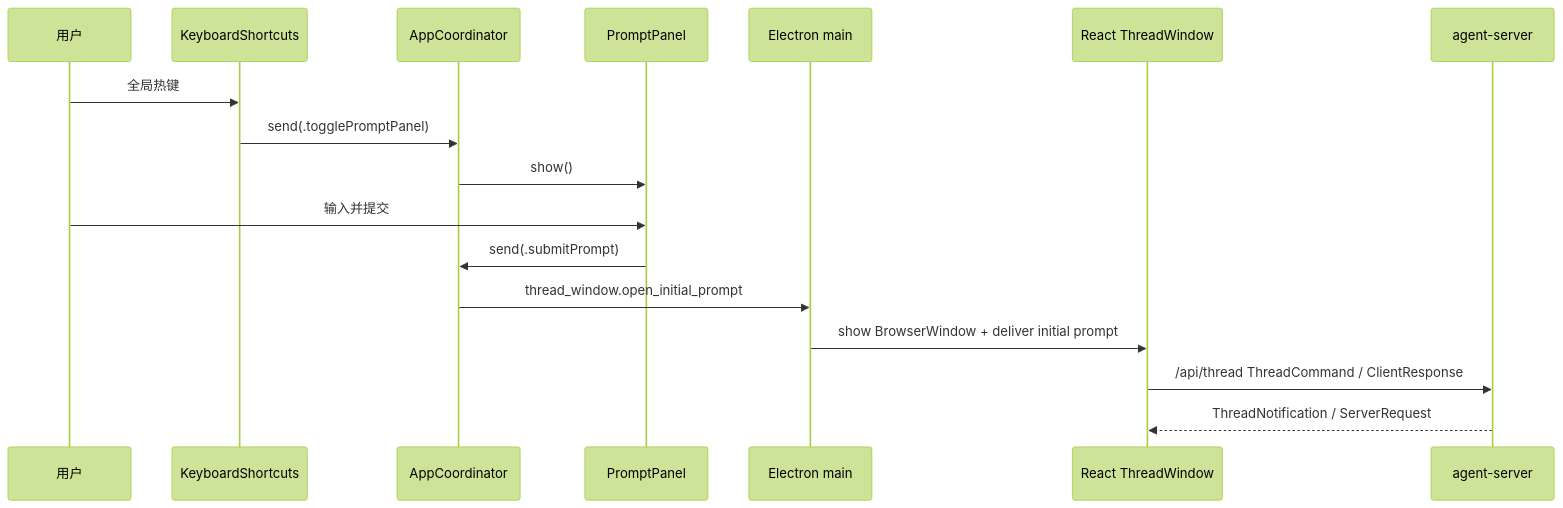
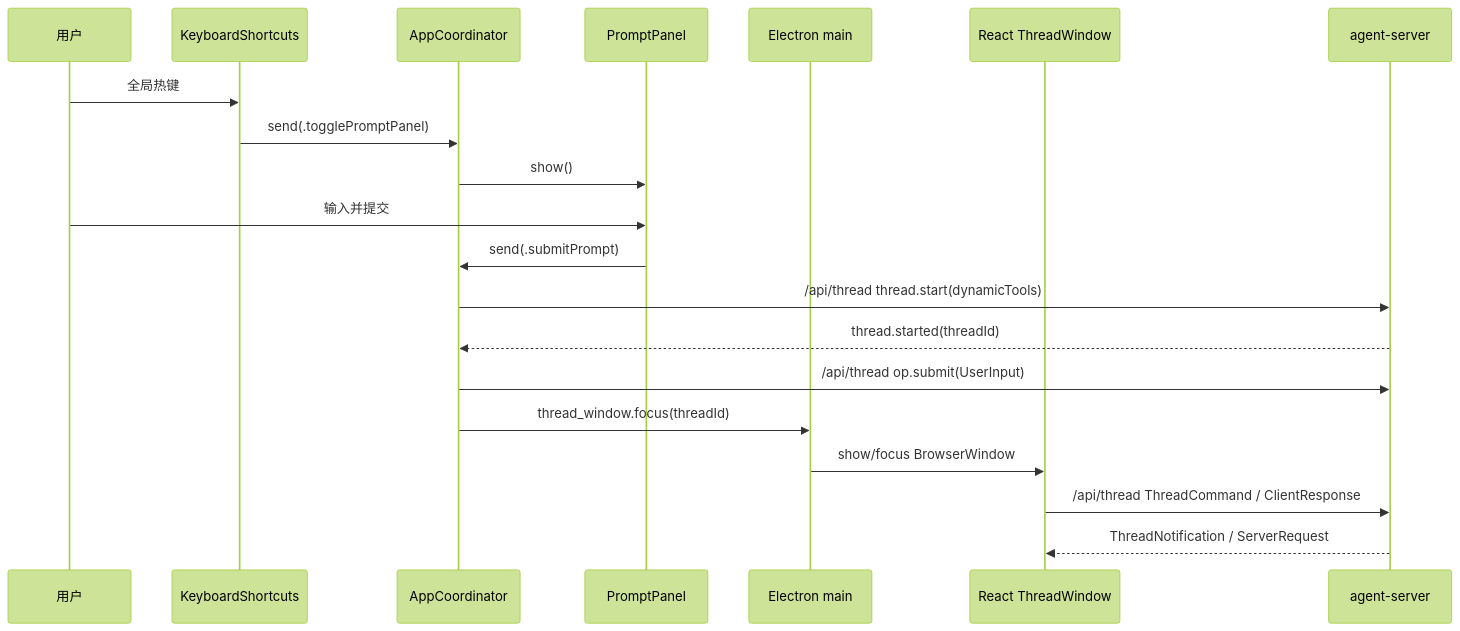
One commit to Lixuhang987/Wisp-Pocket changed the second of 2 diagrams in apps/desktop/desktop.md. Above: the diagram before and after it, drawn with Mermaid (forest theme). The commit also changed other lines of this file and 115 other files, not shown here.

````diff
--- a/apps/desktop/desktop.md
+++ b/apps/desktop/desktop.md
@@ -81,20 +81,23 @@
 ```mermaid
 sequenceDiagram
   participant User as 用户
   participant Hotkey as KeyboardShortcuts
   participant Coord as AppCoordinator
   participant Panel as PromptPanel
   participant Electron as Electron main
   participant React as React ThreadWindow
   participant Server as agent-server
 
   User->>Hotkey: 全局热键
   Hotkey->>Coord: send(.togglePromptPanel)
   Coord->>Panel: show()
   User->>Panel: 输入并提交
   Panel->>Coord: send(.submitPrompt)
-  Coord->>Electron: thread_window.open_initial_prompt
-  Electron->>React: show BrowserWindow + deliver initial prompt
+  Coord->>Server: /api/thread thread.start(dynamicTools)
+  Server-->>Coord: thread.started(threadId)
+  Coord->>Server: /api/thread op.submit(UserInput)
+  Coord->>Electron: thread_window.focus(threadId)
+  Electron->>React: show/focus BrowserWindow
   React->>Server: /api/thread ThreadCommand / ClientResponse
   Server-->>React: ThreadNotification / ServerRequest
 ```
````
